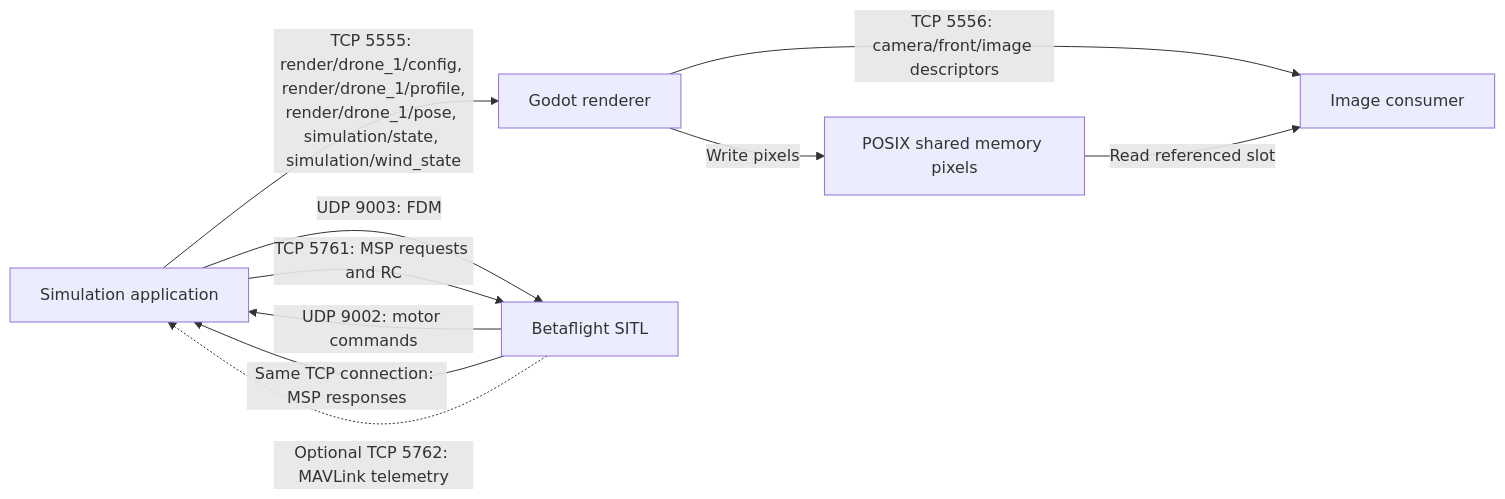
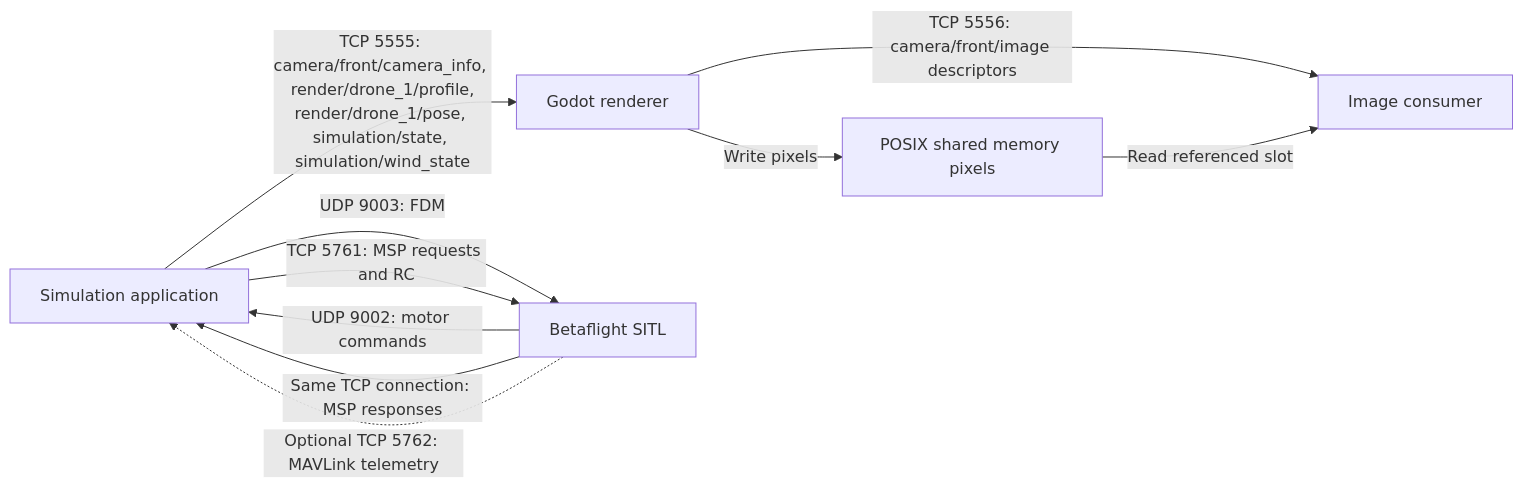
One commit to robobe/bullet_drone changed the diagram in docs/simulation/io.md. Above: the diagram before and after it, drawn with Mermaid. The commit also changed other lines of this file and 22 other files, not shown here.

First line of the commit message:
feat: replace render/drone_1/config with camera/front/camera_info

````diff
--- a/docs/simulation/io.md
+++ b/docs/simulation/io.md
@@ -9,17 +9,17 @@
 ```mermaid
 flowchart LR
     Sim["Simulation application"]
     Render["Godot renderer"]
     Image["Image consumer"]
     Shm["POSIX shared memory pixels"]
     Sitl["Betaflight SITL"]
-    Sim -->|"TCP 5555: render/drone_1/config, render/drone_1/profile,<br/>render/drone_1/pose, simulation/state, simulation/wind_state"| Render
+    Sim -->|"TCP 5555: camera/front/camera_info, render/drone_1/profile,<br/>render/drone_1/pose, simulation/state, simulation/wind_state"| Render
     Render -->|"TCP 5556: camera/front/image descriptors"| Image
     Render -->|"Write pixels"| Shm
     Shm -->|"Read referenced slot"| Image
     Sim -->|"UDP 9003: FDM"| Sitl
     Sitl -->|"UDP 9002: motor commands"| Sim
     Sim -->|"TCP 5761: MSP requests and RC"| Sitl
     Sitl -->|"Same TCP connection: MSP responses"| Sim
     Sitl -.->|"Optional TCP 5762: MAVLink telemetry"| Sim
 ```
````
